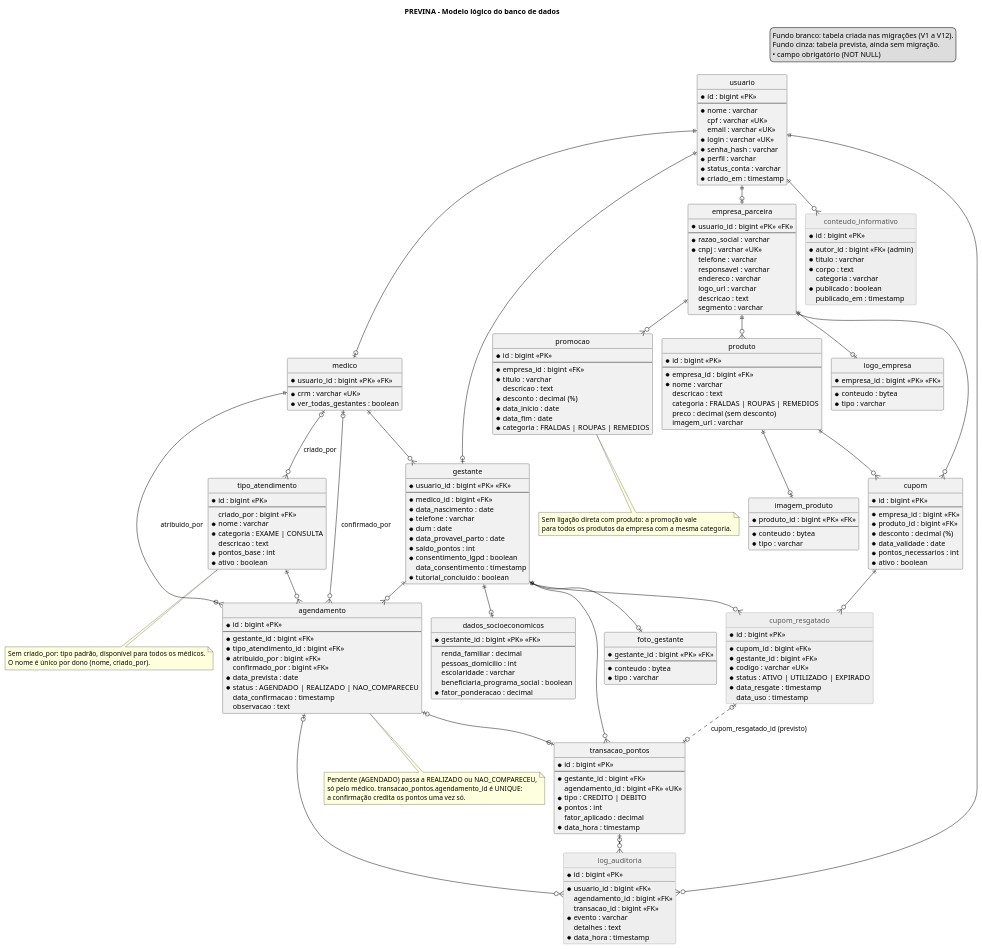
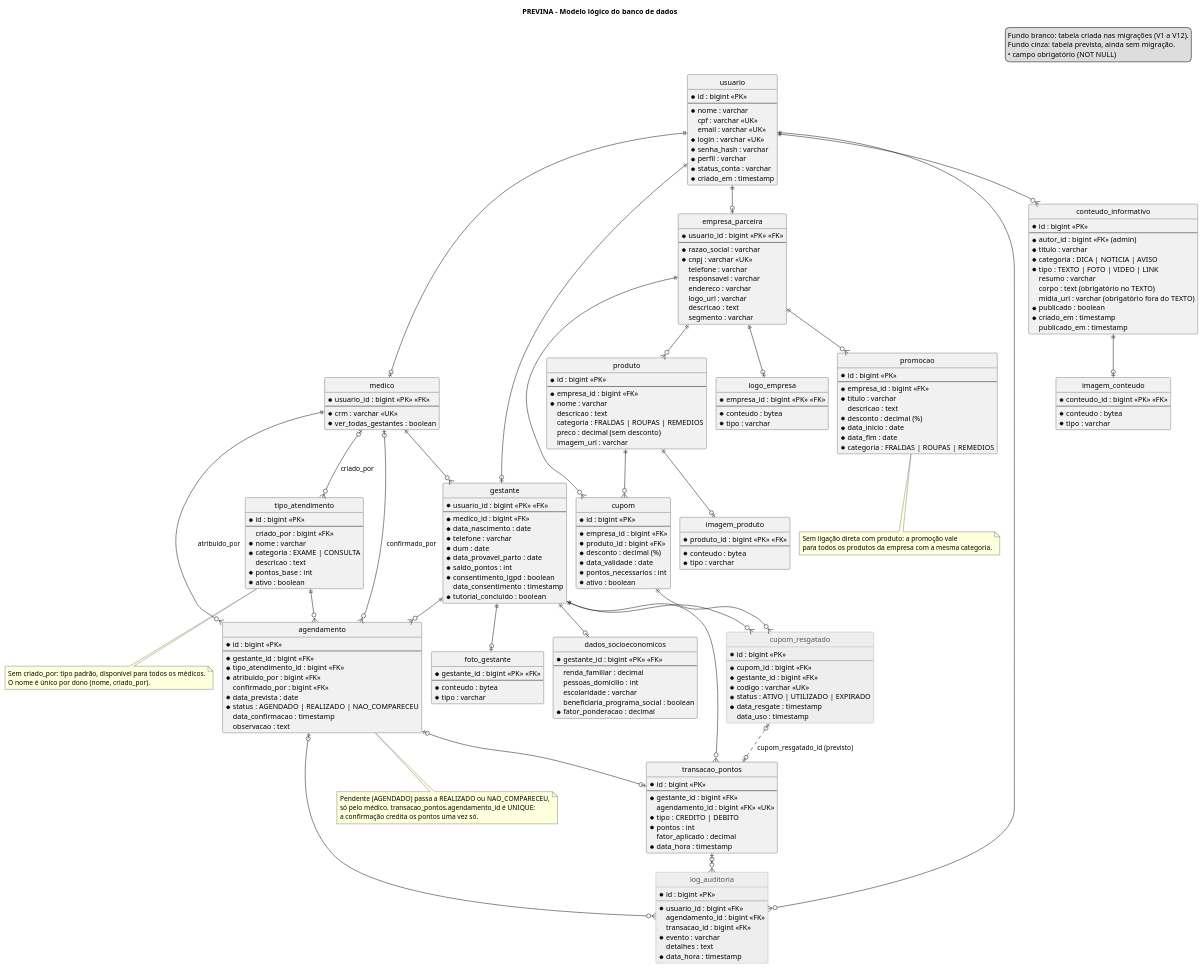
Before and after one commit to CozyShelf/previna-backend: the diagram in docs/domain/dominio/dominio.puml, drawn with PlantUML. The commit also changed 21 other files, not shown here.

```diff
--- a/docs/domain/dominio/dominio.puml
+++ b/docs/domain/dominio/dominio.puml
@@ -173,15 +173,26 @@
   data_uso : timestamp
 }
 
-entity conteudo_informativo <<previsto>> {
+entity conteudo_informativo {
   * id : bigint <<PK>>
   --
   * autor_id : bigint <<FK>> (admin)
   * titulo : varchar
-  * corpo : text
-  categoria : varchar
+  * categoria : DICA | NOTICIA | AVISO
+  * tipo : TEXTO | FOTO | VIDEO | LINK
+  resumo : varchar
+  corpo : text (obrigatório no TEXTO)
+  midia_url : varchar (obrigatório fora do TEXTO)
   * publicado : boolean
+  * criado_em : timestamp
   publicado_em : timestamp
+}
+
+entity imagem_conteudo {
+  * conteudo_id : bigint <<PK>> <<FK>>
+  --
+  * conteudo : bytea
+  * tipo : varchar
 }
 
 entity log_auditoria <<previsto>> {
@@ -199,6 +210,7 @@
 usuario ||--o| gestante
 usuario ||--o| empresa_parceira
 usuario ||--o{ conteudo_informativo
+conteudo_informativo ||--o| imagem_conteudo
 usuario ||--o{ log_auditoria
 
 medico ||--o{ gestante
```
